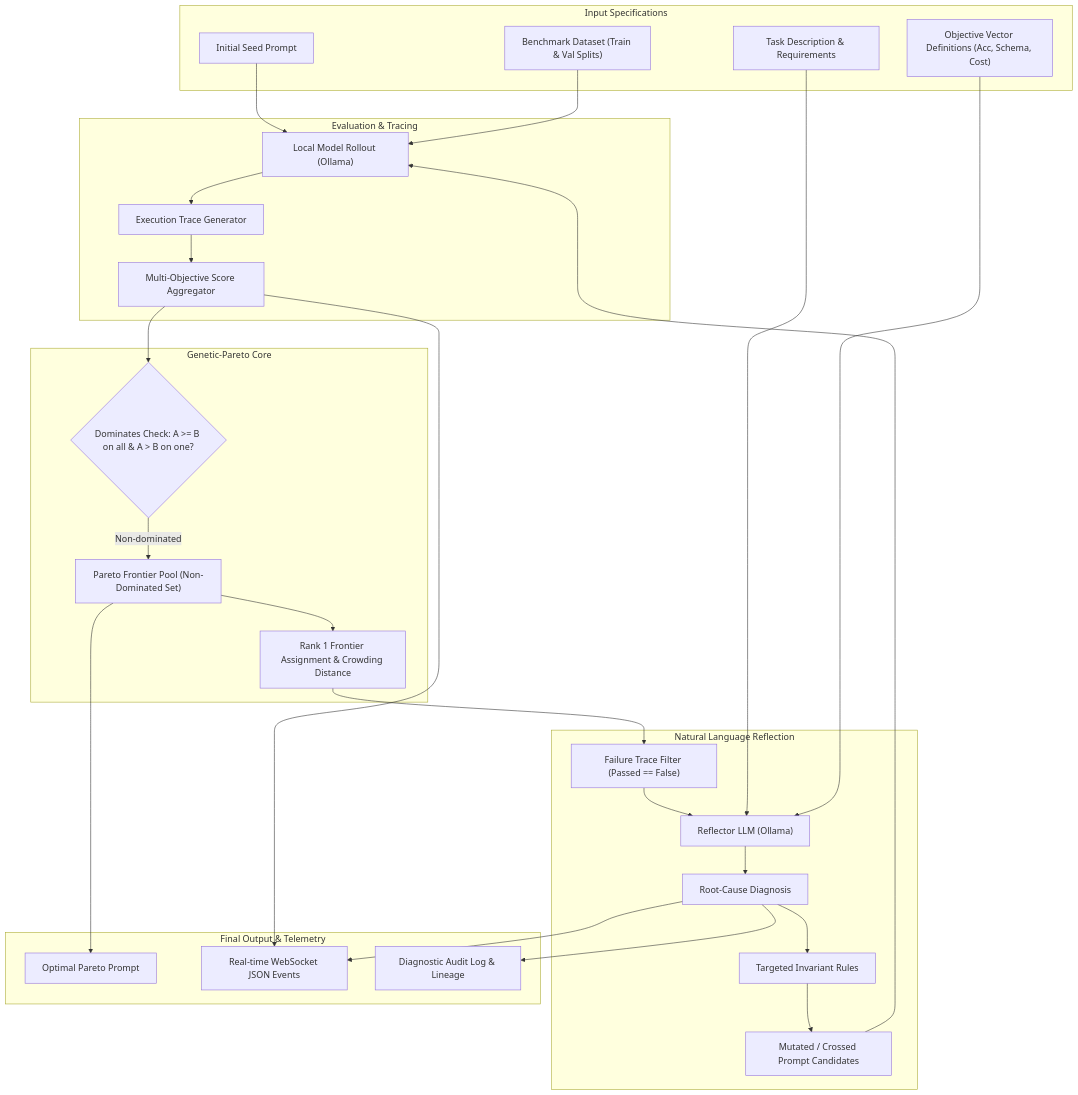
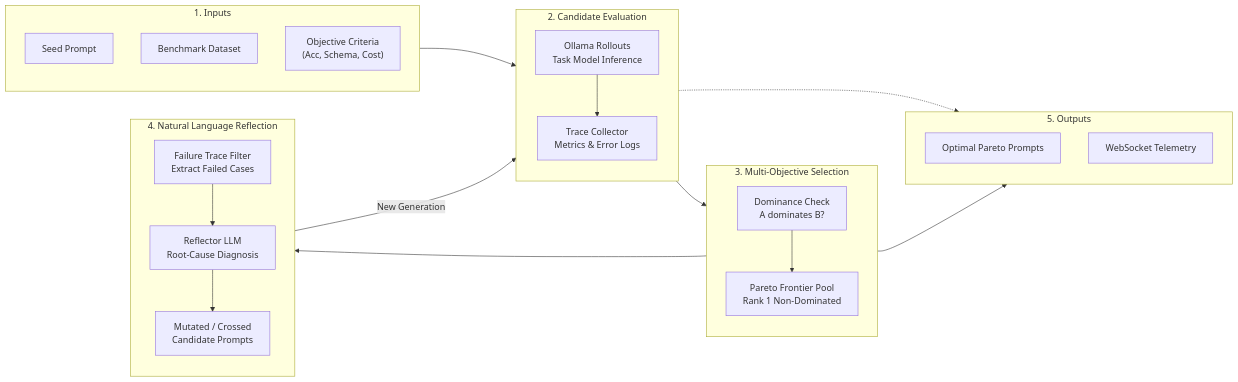
Before and after one commit to vdonthireddy/agentic-ai-apo: the third of 3 diagrams in ARCHITECTURE.md, drawn with Mermaid. The commit also changed other lines of this file, not shown here.

Commit message:
docs: add high-level flow diagram and enhance mermaid diagrams in ARCHITECTURE.md

````diff
--- a/ARCHITECTURE.md
+++ b/ARCHITECTURE.md
@@ -153,59 +116,44 @@
 ```mermaid
-flowchart TD
-    subgraph Inputs ["Input Specifications"]
-        Seed["Initial Seed Prompt"]
-        TaskSpec["Task Description & Requirements"]
-        Dataset["Benchmark Dataset (Train & Val Splits)"]
-        Objectives["Objective Vector Definitions (Acc, Schema, Cost)"]
+flowchart LR
+    subgraph IN ["1. Inputs"]
+        direction TB
+        SEED["Seed Prompt"]
+        DATA["Benchmark Dataset"]
+        OBJ["Objective Criteria<br/>(Acc, Schema, Cost)"]
     end
 
-    subgraph Evaluation_Flow ["Evaluation & Tracing"]
-        Rollout["Local Model Rollout (Ollama)"]
-        TraceGen["Execution Trace Generator"]
-        MetricAgg["Multi-Objective Score Aggregator"]
+    subgraph EVAL ["2. Candidate Evaluation"]
+        direction TB
+        ROLLOUT["Ollama Rollouts<br/>Task Model Inference"]
+        TRACE["Trace Collector<br/>Metrics & Error Logs"]
+        ROLLOUT --> TRACE
     end
 
-    subgraph Genetic_Pareto_Core ["Genetic-Pareto Core"]
-        Frontier["Pareto Frontier Pool (Non-Dominated Set)"]
-        DomCheck{"Dominates Check: A >= B on all & A > B on one?"}
-        RankAssign["Rank 1 Frontier Assignment & Crowding Distance"]
+    subgraph PARETO ["3. Multi-Objective Selection"]
+        direction TB
+        DOM["Dominance Check<br/>A dominates B?"]
+        FRONT["Pareto Frontier Pool<br/>Rank 1 Non-Dominated"]
+        DOM --> FRONT
     end
 
-    subgraph Reflection_Mutation ["Natural Language Reflection"]
-        TraceFilter["Failure Trace Filter (Passed == False)"]
-        DiagModel["Reflector LLM (Ollama)"]
-        Diagnosis["Root-Cause Diagnosis"]
-        Prescription["Targeted Invariant Rules"]
-        Offspring["Mutated / Crossed Prompt Candidates"]
+    subgraph REFLECT ["4. Natural Language Reflection"]
+        direction TB
+        FILTER["Failure Trace Filter<br/>Extract Failed Cases"]
+        COACH["Reflector LLM<br/>Root-Cause Diagnosis"]
+        MUTATE["Mutated / Crossed<br/>Candidate Prompts"]
+        FILTER --> COACH --> MUTATE
     end
 
-    subgraph Outputs ["Final Output & Telemetry"]
-        BestPrompt["Optimal Pareto Prompt"]
-        Telemetry["Real-time WebSocket JSON Events"]
-        Audit["Diagnostic Audit Log & Lineage"]
+    subgraph OUT ["5. Outputs"]
+        direction TB
+        BEST["Optimal Pareto Prompts"]
+        STREAM["WebSocket Telemetry"]
     end
 
-    Seed --> Rollout
-    Dataset --> Rollout
-    Rollout --> TraceGen
-    TraceGen --> MetricAgg
-    MetricAgg --> DomCheck
-
-    DomCheck -->|Non-dominated| Frontier
-    Frontier --> RankAssign
-    RankAssign --> TraceFilter
-
-    TraceFilter --> DiagModel
-    TaskSpec --> DiagModel
-    Objectives --> DiagModel
-
-    DiagModel --> Diagnosis
-    Diagnosis --> Prescription
-    Prescription --> Offspring
-    Offspring --> Rollout
-
-    Frontier --> BestPrompt
-    MetricAgg --> Telemetry
-    Diagnosis --> Telemetry
-    Diagnosis --> Audit
+    IN --> ROLLOUT
+    TRACE --> DOM
+    FRONT --> FILTER
+    MUTATE -->|"New Generation"| ROLLOUT
+    FRONT --> BEST
+    TRACE -.-> STREAM
 ```
````
